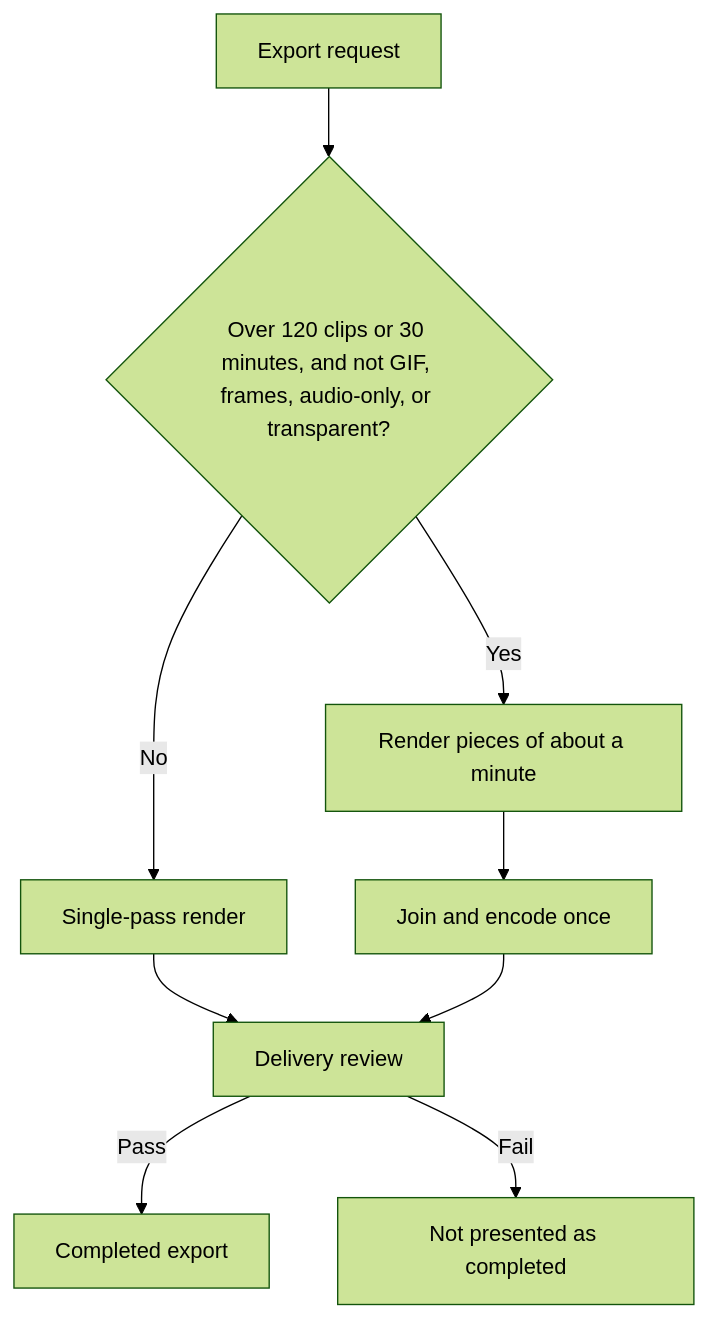
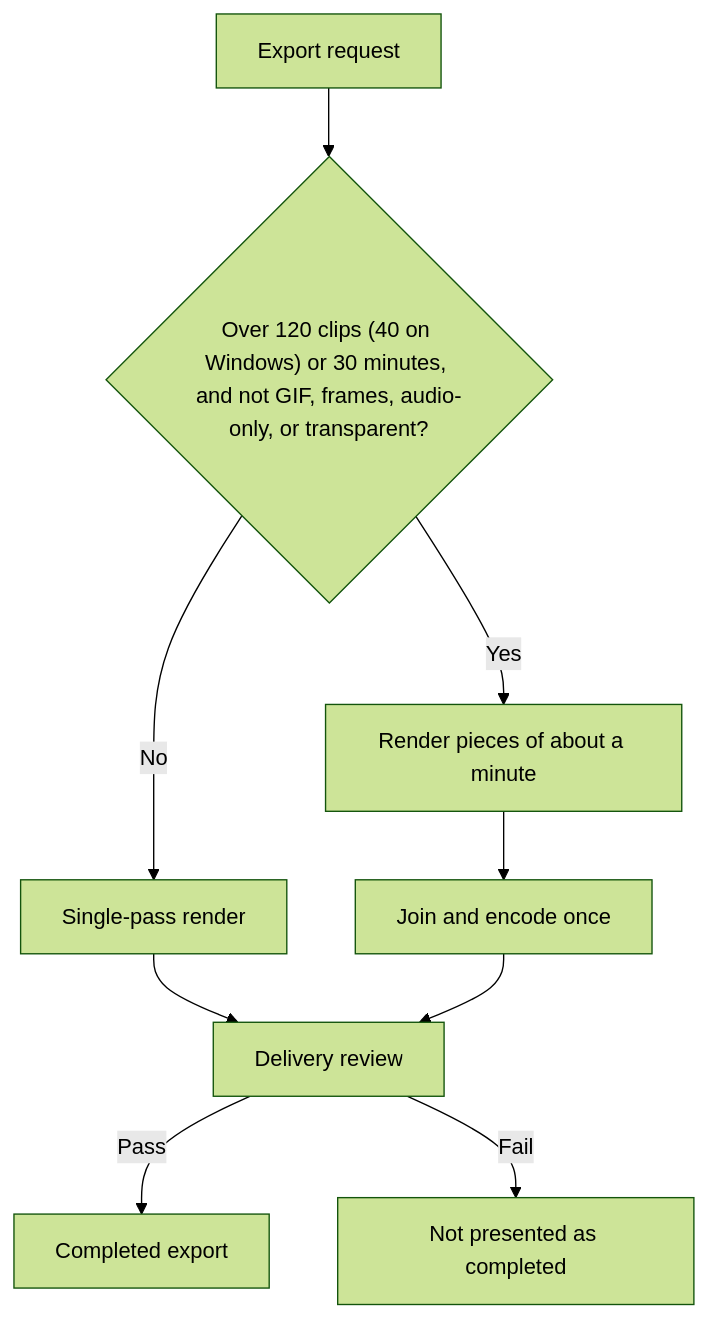
One commit to amajorai/ryu-docs changed the diagram in content/docs/apps/video-studio-export.mdx. Above: the diagram before and after it, drawn with Mermaid (forest theme). The commit also changed other lines of this file and 182 other files, not shown here.

````diff
--- a/content/docs/apps/video-studio-export.mdx
+++ b/content/docs/apps/video-studio-export.mdx
@@ -18,11 +18,11 @@
 ```mermaid
 flowchart TD
-  A["Export request"] --> B{"Over 120 clips or 30 minutes, and not GIF, frames, audio-only, or transparent?"}
+  A["Export request"] --> B{"Over 120 clips (40 on Windows) or 30 minutes, and not GIF, frames, audio-only, or transparent?"}
   B -- No --> C["Single-pass render"]
   B -- Yes --> D["Render pieces of about a minute"]
   D --> E["Join and encode once"]
   C --> F["Delivery review"]
   E --> F
   F -- Pass --> G["Completed export"]
   F -- Fail --> H["Not presented as completed"]
 ```
````
